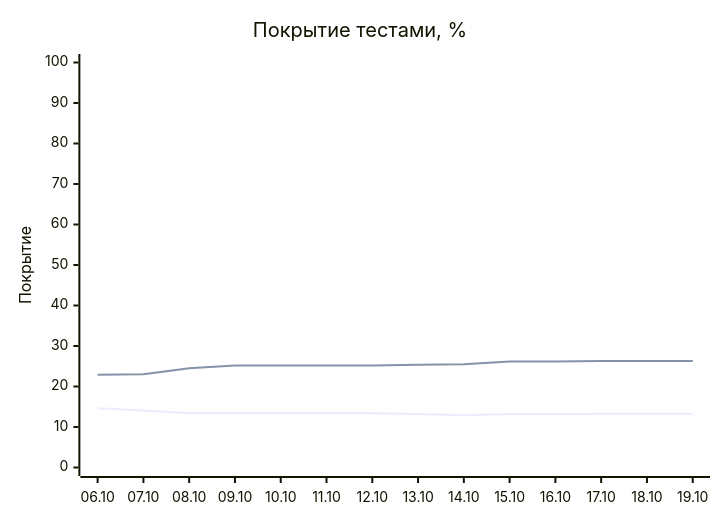
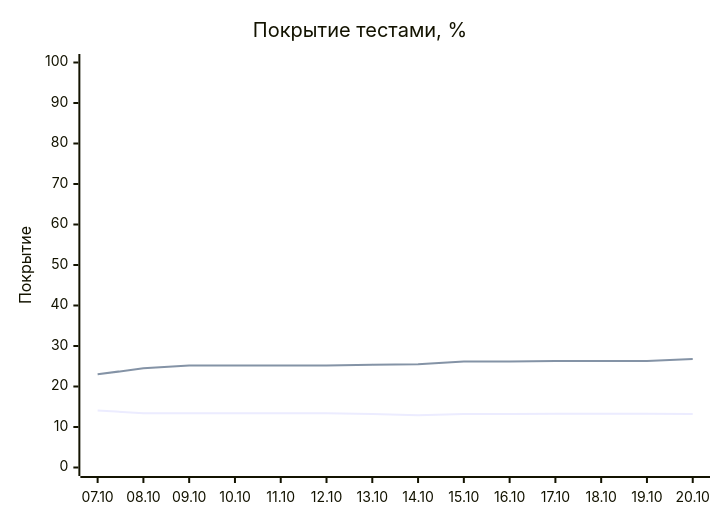
The diagram in README.md (EvgeniBondarev/coverage-report), drawn with Mermaid before and after one commit. The commit also changed other lines of this file and 3118 other files, not shown here.

````diff
--- a/README.md
+++ b/README.md
@@ -19,8 +19,8 @@
 ```mermaid
 xychart-beta
     title "Покрытие тестами, %"
-    x-axis ["06.10", "07.10", "08.10", "09.10", "10.10", "11.10", "12.10", "13.10", "14.10", "15.10", "16.10", "17.10", "18.10", "19.10"]
+    x-axis ["07.10", "08.10", "09.10", "10.10", "11.10", "12.10", "13.10", "14.10", "15.10", "16.10", "17.10", "18.10", "19.10", "20.10"]
     y-axis "Покрытие" 0 --> 100
-    line [14.6, 14.1, 13.4, 13.4, 13.4, 13.4, 13.4, 13.2, 12.9, 13.2, 13.2, 13.3, 13.3, 13.3]
-    line [22.9, 23, 24.5, 25.2, 25.2, 25.2, 25.2, 25.4, 25.5, 26.2, 26.2, 26.3, 26.3, 26.3]
+    line [14.1, 13.4, 13.4, 13.4, 13.4, 13.4, 13.2, 12.9, 13.2, 13.2, 13.3, 13.3, 13.3, 13.2]
+    line [23, 24.5, 25.2, 25.2, 25.2, 25.2, 25.4, 25.5, 26.2, 26.2, 26.3, 26.3, 26.3, 26.8]
 ```
````
